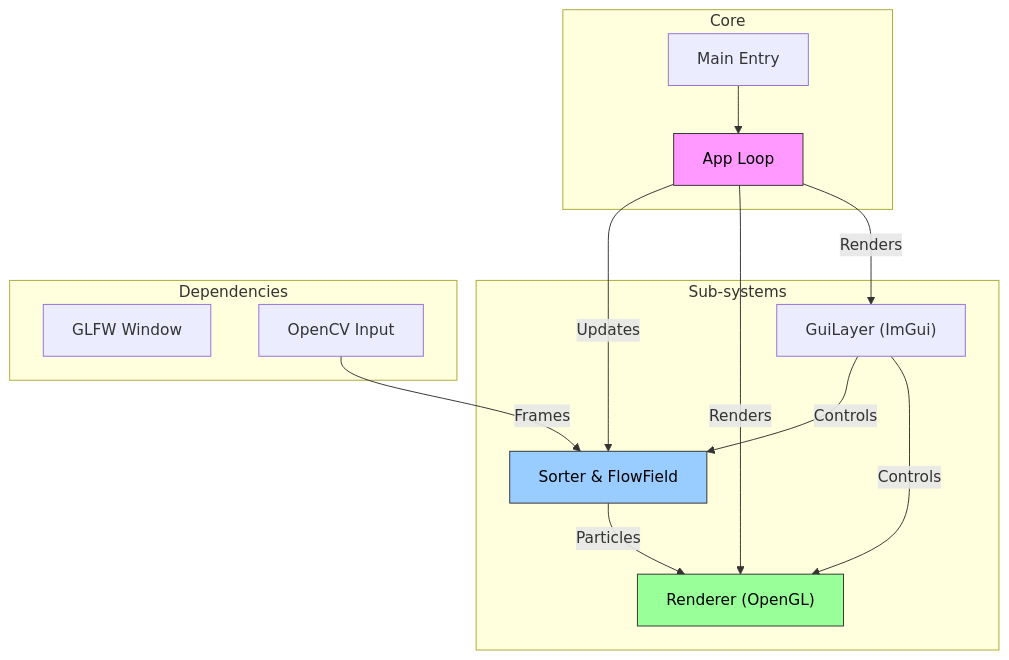
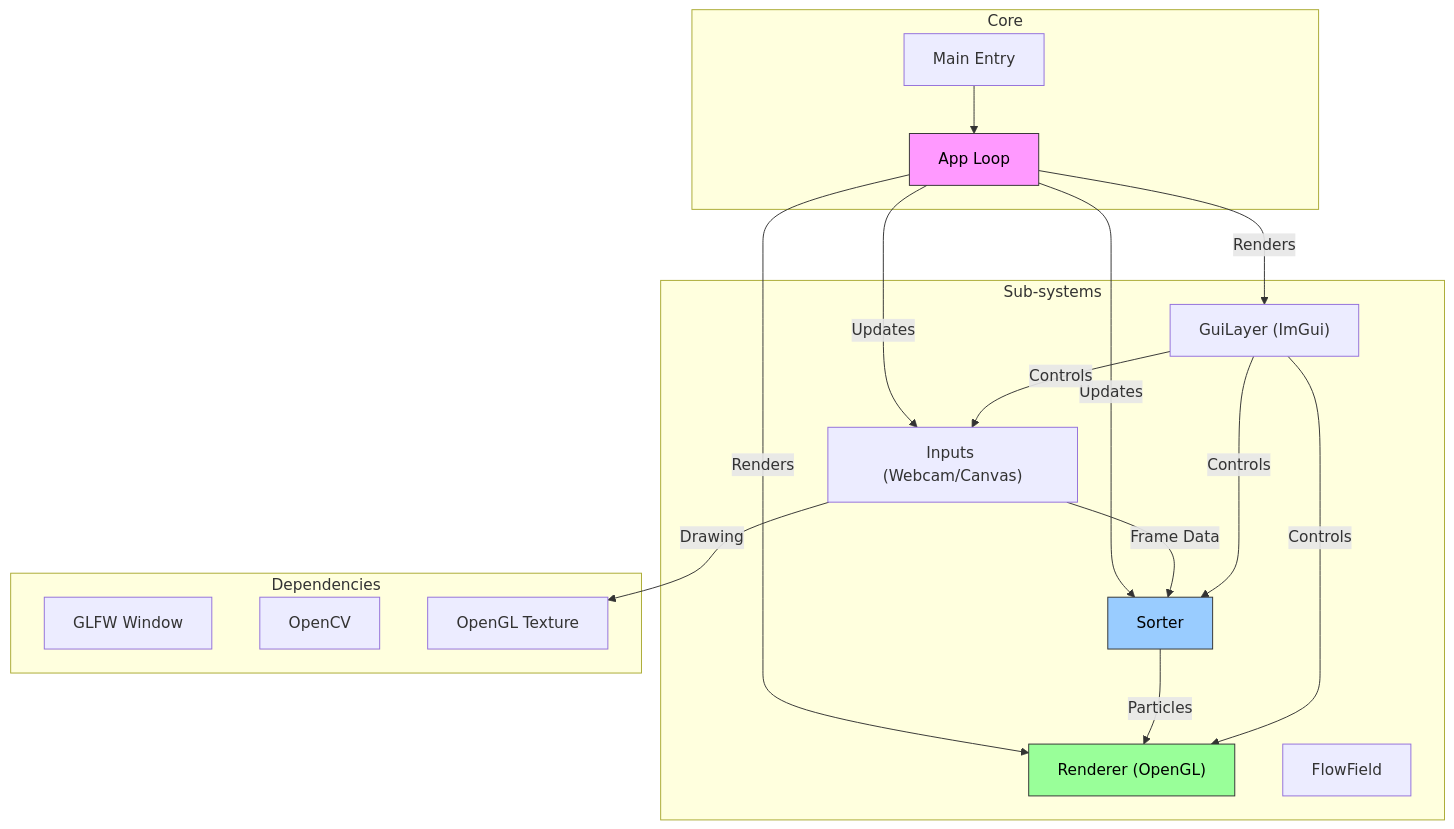
One commit to PundarikakshNTripathi/LumaSort-Engine changed the diagram in README.md. Above: the diagram before and after it, drawn with Mermaid. The commit also changed other lines of this file and 9 other files, not shown here.

Commit message:
feat: core logic - input modes (webcam/canvas), texture helpers, and sorting algorithm

````diff
--- a/README.md
+++ b/README.md
@@ -52,32 +60,38 @@
 ```mermaid
 graph TD
     subgraph Core
         App["App Loop"]
         Main["Main Entry"] --> App
     end
 
     subgraph "Sub-systems"
         UI["GuiLayer (ImGui)"]
         Gfx["Renderer (OpenGL)"]
-        Sorter["Sorter & FlowField"]
+        Sorter["Sorter"]
+        Flow["FlowField"]
+        Input["Inputs (Webcam/Canvas)"]
     end
 
     subgraph Dependencies
         GLFW["GLFW Window"]
-        CV["OpenCV Input"]
+        CV["OpenCV"]
+        GL["OpenGL Texture"]
     end
 
+    App -->|Updates| Input
     App -->|Updates| Sorter
     App -->|Renders| Gfx
     App -->|Renders| UI
     
+    Input -->|Frame Data| Sorter
+    Input -->|Drawing| GL
     Sorter -->|Particles| Gfx
-    CV -->|Frames| Sorter
     
     UI -- Controls --> Sorter
     UI -- Controls --> Gfx
+    UI -- Controls --> Input
     
     style App fill:#f9f,stroke:#333,color:#000
     style Sorter fill:#9cf,stroke:#333,color:#000
     style Gfx fill:#9f9,stroke:#333,color:#000
 ```
````
